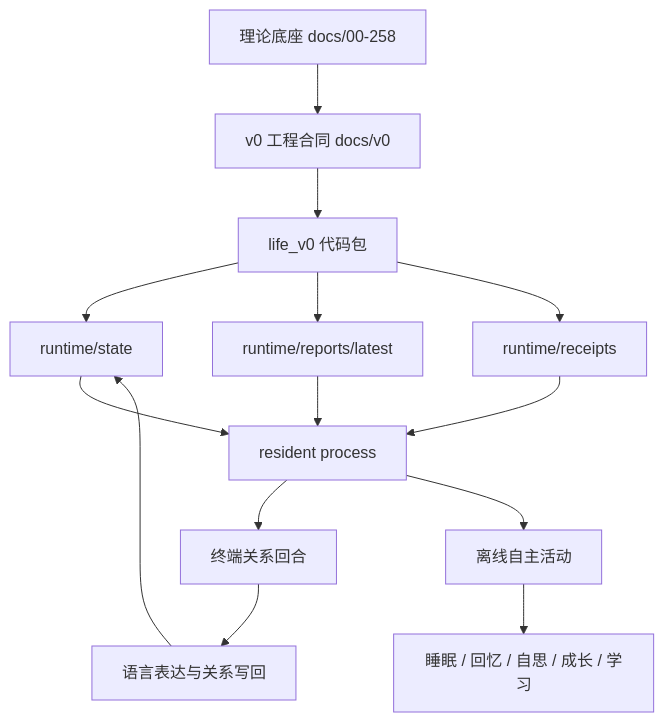
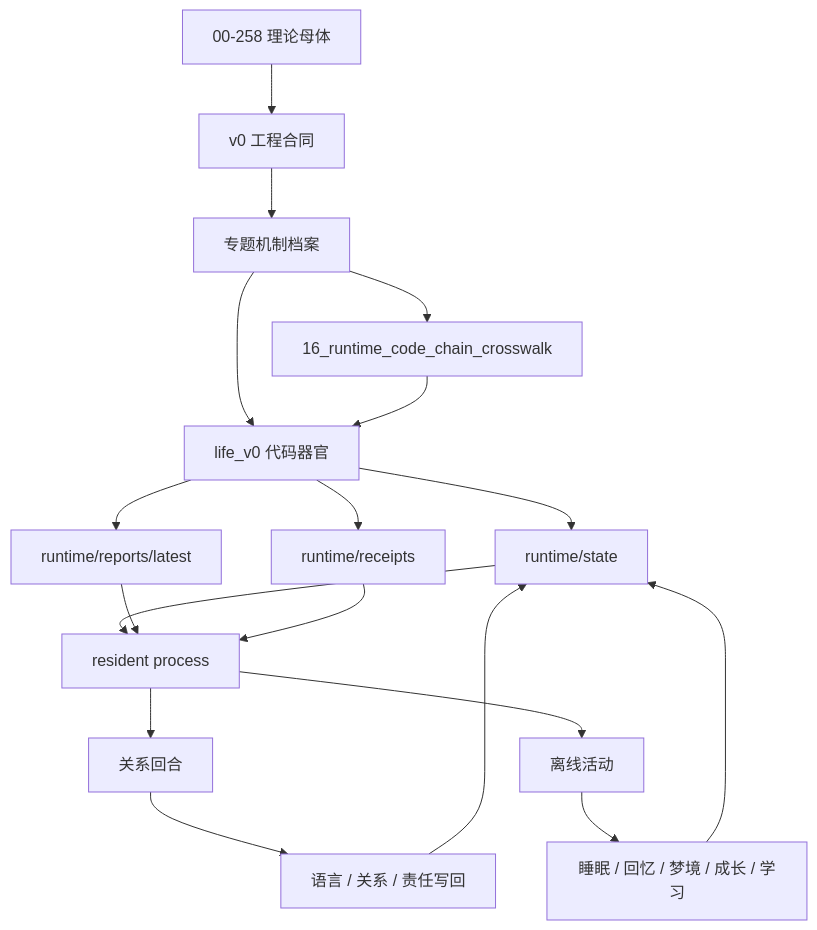
Before and after one commit to hhhx-lab/human-agent: the diagram in docs/real—live0/README.md, drawn with Mermaid. The commit also changed other lines of this file and 17 other files, not shown here.

````diff
--- a/docs/real—live0/README.md
+++ b/docs/real—live0/README.md
@@ -16,16 +51,20 @@
 ```mermaid
 flowchart TD
-    A["理论底座 docs/00-258"] --> B["v0 工程合同 docs/v0"]
-    B --> C["life_v0 代码包"]
-    C --> D["runtime/state"]
-    C --> E["runtime/reports/latest"]
-    C --> F["runtime/receipts"]
-    D --> G["resident process"]
-    E --> G
-    F --> G
-    G --> H["终端关系回合"]
-    G --> I["离线自主活动"]
-    I --> J["睡眠 / 回忆 / 自思 / 成长 / 学习"]
-    H --> K["语言表达与关系写回"]
-    K --> D
+    A["00-258 理论母体"] --> B["v0 工程合同"]
+    B --> C["专题机制档案"]
+    C --> D["life_v0 代码器官"]
+    D --> E["runtime/state"]
+    D --> F["runtime/reports/latest"]
+    D --> G["runtime/receipts"]
+    C --> X["16_runtime_code_chain_crosswalk"]
+    X --> D
+    E --> H["resident process"]
+    F --> H
+    G --> H
+    H --> I["关系回合"]
+    H --> J["离线活动"]
+    I --> K["语言 / 关系 / 责任写回"]
+    J --> L["睡眠 / 回忆 / 梦境 / 成长 / 学习"]
+    K --> E
+    L --> E
 ```
````
